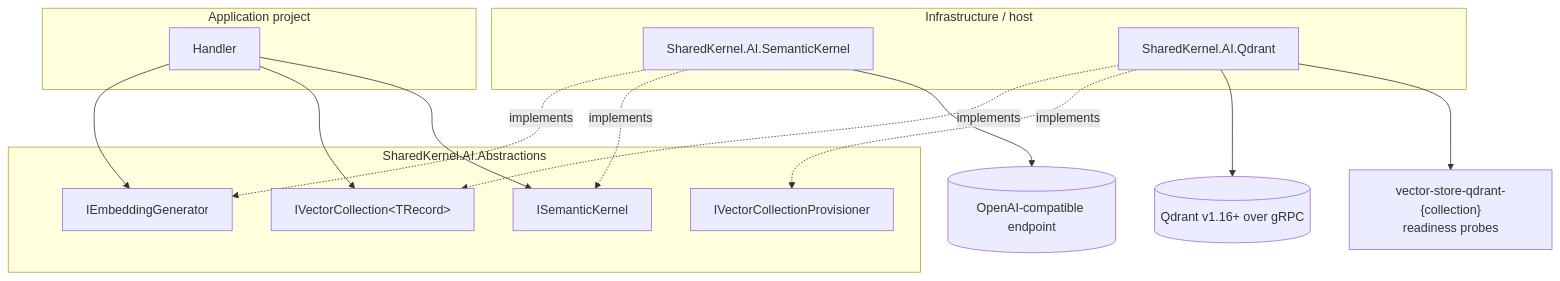
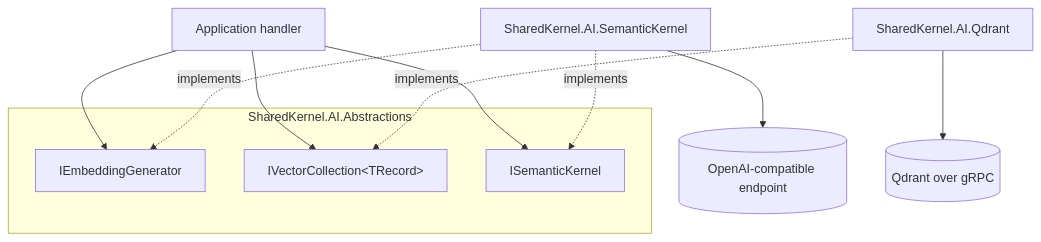
Before and after one commit to Gresta-Vertex-Labs/platform-shared-kernel: the diagram in src/Infrastructure/AI/README.md, drawn with Mermaid. The commit also changed other lines of this file and 228 other files, not shown here.

````diff
--- a/src/Infrastructure/AI/README.md
+++ b/src/Infrastructure/AI/README.md
@@ -51,26 +54,19 @@
 ```mermaid
 flowchart TB
-    subgraph App["Application project"]
-        H[Handler]
+    H["Application handler"]
+    subgraph Abs["SharedKernel.AI.Abstractions"]
+        EG["IEmbeddingGenerator"]
+        VC["IVectorCollection&lt;TRecord&gt;"]
+        SK["ISemanticKernel"]
     end
-    subgraph Abs["SharedKernel.AI.Abstractions"]
-        EG[IEmbeddingGenerator]
-        VC["IVectorCollection&lt;TRecord&gt;"]
-        VP[IVectorCollectionProvisioner]
-        SK[ISemanticKernel]
-    end
-    subgraph Infra["Infrastructure / host"]
-        SKP[SharedKernel.AI.SemanticKernel]
-        QP[SharedKernel.AI.Qdrant]
-    end
+    SKP["SharedKernel.AI.SemanticKernel"]
+    QP["SharedKernel.AI.Qdrant"]
     H --> EG
     H --> VC
     H --> SK
     SKP -. implements .-> EG
     SKP -. implements .-> SK
     QP -. implements .-> VC
-    QP -. implements .-> VP
-    SKP --> OAI[(OpenAI-compatible endpoint)]
-    QP --> QD[(Qdrant v1.16+ over gRPC)]
-    QP --> PR["vector-store-qdrant-{collection}<br/>readiness probes"]
+    SKP --> OAI[("OpenAI-compatible endpoint")]
+    QP --> QD[("Qdrant over gRPC")]
 ```
````
